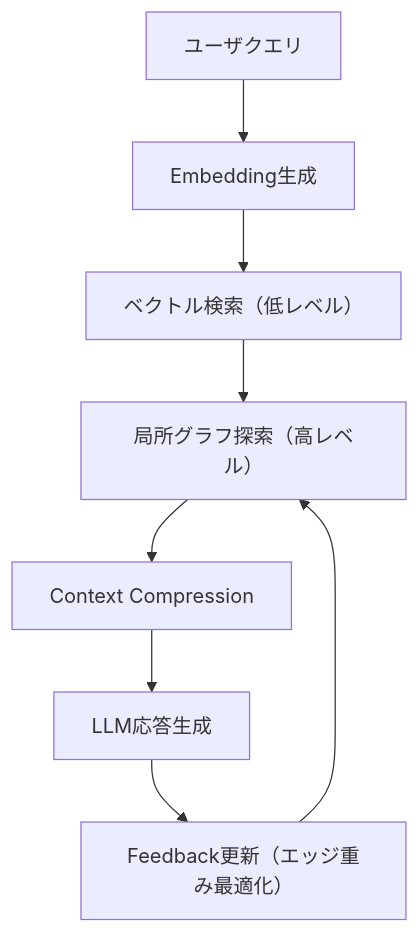
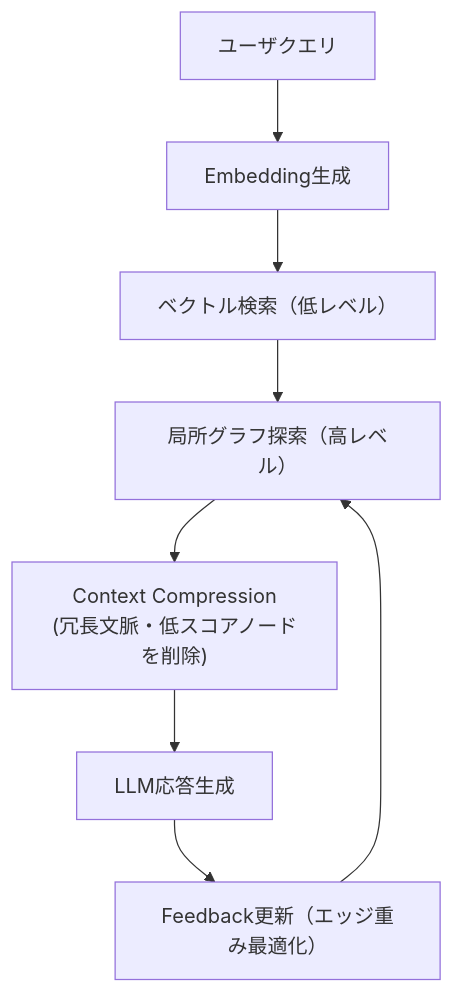
One commit to DevRev-JP/tech-blog changed the diagram in articles/graphrag-light-rag-2025-10.md. Above: the diagram before and after it, drawn with Mermaid. The commit also changed other lines of this file and 1 other file, not shown here.

````diff
--- a/articles/graphrag-light-rag-2025-10.md
+++ b/articles/graphrag-light-rag-2025-10.md
@@ -58,10 +53,10 @@
 ```mermaid
 graph TD
   Q["ユーザクエリ"] --> E["Embedding生成"]
   E --> V["ベクトル検索（低レベル）"]
   V --> G["局所グラフ探索（高レベル）"]
-  G --> C["Context Compression"]
+  G --> C["Context Compression\n(冗長文脈・低スコアノードを削除)"]
   C --> LLM["LLM応答生成"]
   LLM --> F["Feedback更新（エッジ重み最適化）"]
   F --> G
 ```
````
